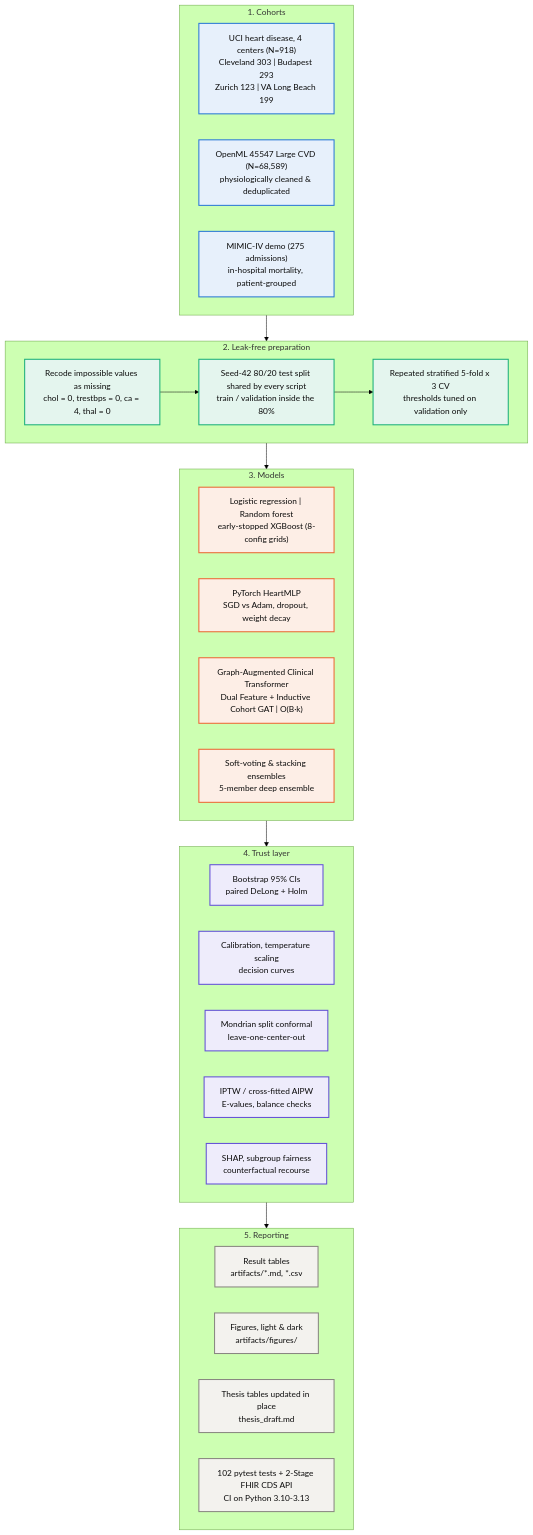
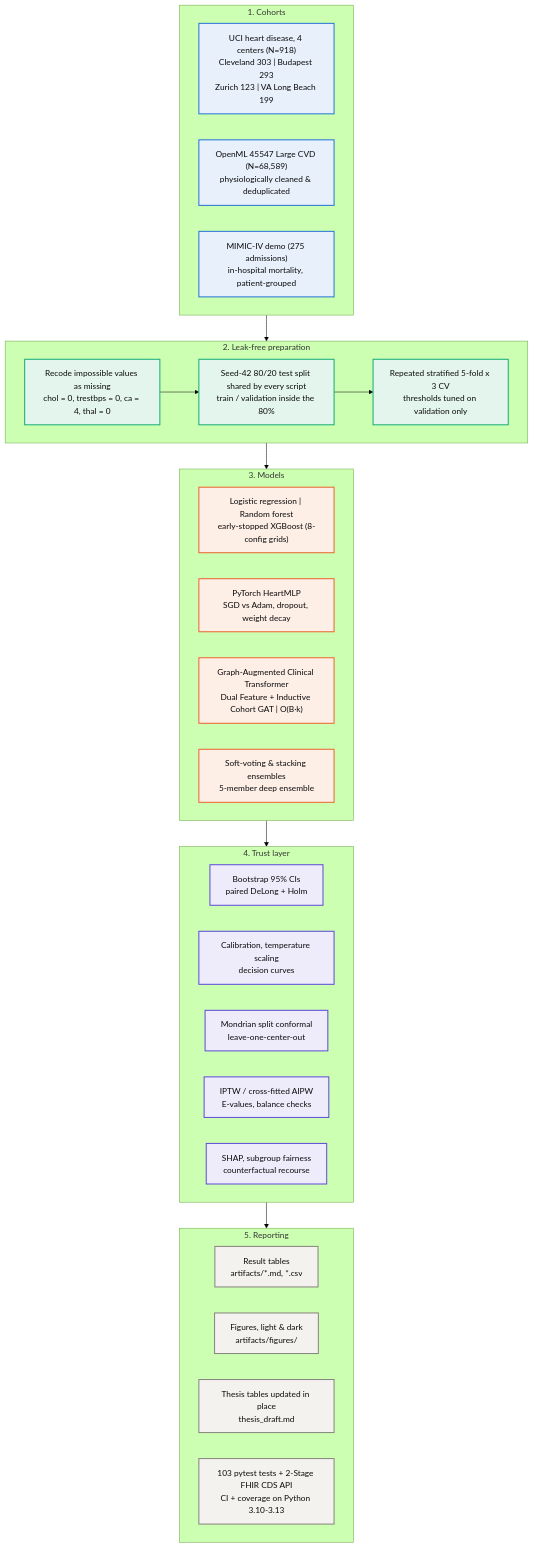
Before and after one commit to YahyaLendani/heart-disease-clinical-ml: the diagram in README.md, drawn with Mermaid (forest theme). The commit also changed other lines of this file and 23 other files, not shown here.

Commit message:
Harden 2-Stage CDS v3: OOF Platt calibration, Stage-2 FHIR/audit, Batch UI, Prometheus/auth, external site shift proof & 92% coverage

````diff
--- a/README.md
+++ b/README.md
@@ -76,50 +76,50 @@
 ```mermaid
 flowchart TB
     classDef data fill:#e7f0fb,stroke:#2a78d6,stroke-width:2px,color:#0b0b0b
     classDef prep fill:#e4f5ee,stroke:#1baf7a,stroke-width:2px,color:#0b0b0b
     classDef model fill:#fdeee6,stroke:#eb6834,stroke-width:2px,color:#0b0b0b
     classDef trust fill:#eeecfb,stroke:#6250d6,stroke-width:2px,color:#0b0b0b
     classDef out fill:#f3f2ee,stroke:#898781,stroke-width:2px,color:#0b0b0b
 
     subgraph Data["1. Cohorts"]
         direction LR
         A1["UCI heart disease, 4 centers (N=918)<br/>Cleveland 303 | Budapest 293<br/>Zurich 123 | VA Long Beach 199"]:::data
         A2["OpenML 45547 Large CVD (N=68,589)<br/>physiologically cleaned & deduplicated"]:::data
         A3["MIMIC-IV demo (275 admissions)<br/>in-hospital mortality, patient-grouped"]:::data
     end
 
     subgraph Prep["2. Leak-free preparation"]
         direction LR
         B1["Recode impossible values as missing<br/>chol = 0, trestbps = 0, ca = 4, thal = 0"]:::prep
         B2["Seed-42 80/20 test split shared by every script<br/>train / validation inside the 80%"]:::prep
         B3["Repeated stratified 5-fold x 3 CV<br/>thresholds tuned on validation only"]:::prep
         B1 --> B2 --> B3
     end
 
     subgraph Models["3. Models"]
         direction LR
         C1["Logistic regression | Random forest<br/>early-stopped XGBoost (8-config grids)"]:::model
         C2["PyTorch HeartMLP<br/>SGD vs Adam, dropout, weight decay"]:::model
         C3["Graph-Augmented Clinical Transformer<br/>Dual Feature + Inductive Cohort GAT | O(B·k)"]:::model
         C4["Soft-voting & stacking ensembles<br/>5-member deep ensemble"]:::model
     end
 
     subgraph Trust["4. Trust layer"]
         direction LR
         D1["Bootstrap 95% CIs<br/>paired DeLong + Holm"]:::trust
         D2["Calibration, temperature scaling<br/>decision curves"]:::trust
         D3["Mondrian split conformal<br/>leave-one-center-out"]:::trust
         D4["IPTW / cross-fitted AIPW<br/>E-values, balance checks"]:::trust
         D5["SHAP, subgroup fairness<br/>counterfactual recourse"]:::trust
     end
 
     subgraph Output["5. Reporting"]
         direction LR
         E1["Result tables<br/>artifacts/*.md, *.csv"]:::out
         E2["Figures, light & dark<br/>artifacts/figures/"]:::out
         E3["Thesis tables updated in place<br/>thesis_draft.md"]:::out
-        E4["102 pytest tests + 2-Stage FHIR CDS API<br/>CI on Python 3.10-3.13"]:::out
+        E4["103 pytest tests + 2-Stage FHIR CDS API<br/>CI + coverage on Python 3.10-3.13"]:::out
     end
 
     Data --> Prep --> Models --> Trust --> Output
 ```
````
